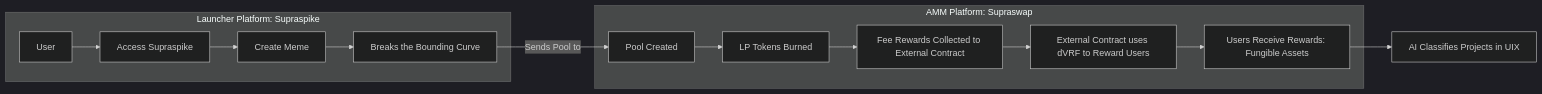
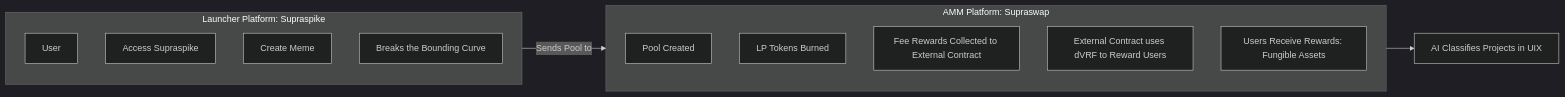
One commit to SNABUR/Spike_Contracts changed the first of 2 diagrams in README.md. Above: the diagram before and after it, drawn with Mermaid (dark theme).

````diff
--- a/README.md
+++ b/README.md
@@ -120,26 +120,27 @@
 ```mermaid
 graph LR
-    %% Launcher Platform: Supraspike (right side)
+    %% Launcher Platform: Supraspike (placed on the right)
     subgraph Launcher [Launcher Platform: Supraspike]
-        A[User] --> B[Access Supraspike]
-        B --> C[Create Meme]
-        C --> D[Breaks the Bounding Curve]
+    direction TB
+        A[User]
+        B[Access Supraspike]
+        C[Create Meme]
+        D[Breaks the Bounding Curve]
     end
 
-    %% AMM Platform: Supraswap (left side)
+    %% AMM Platform: Supraswap (placed on the left)
     subgraph AMM [AMM Platform: Supraswap]
+    direction TB
         E[Pool Created]
-        E --> F[LP Tokens Burned]
-        F --> G[Fee Rewards Collected to External Contract]
-        G --> H[External Contract uses dVRF to Reward Users]
-        H --> I[Users Receive Rewards: Fungible Assets]
+        F[LP Tokens Burned]
+        G[Fee Rewards Collected to External Contract]
+        H[External Contract uses dVRF to Reward Users]
+        I[Users Receive Rewards: Fungible Assets]
     end
 
-    %% Connecting flow from Launcher to AMM
+    %% Connecting flow from Launcher to AMM and final classification
     D -- Sends Pool to --> E
-
-    %% Final classification step
     I --> J[AI Classifies Projects in UIX]
 
 
 ```
````
